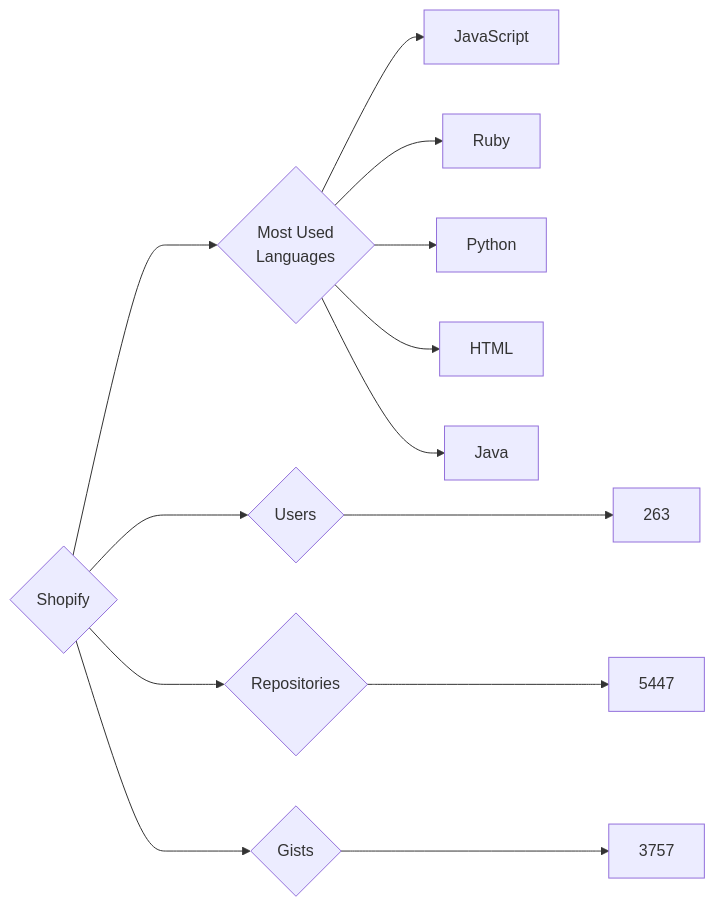
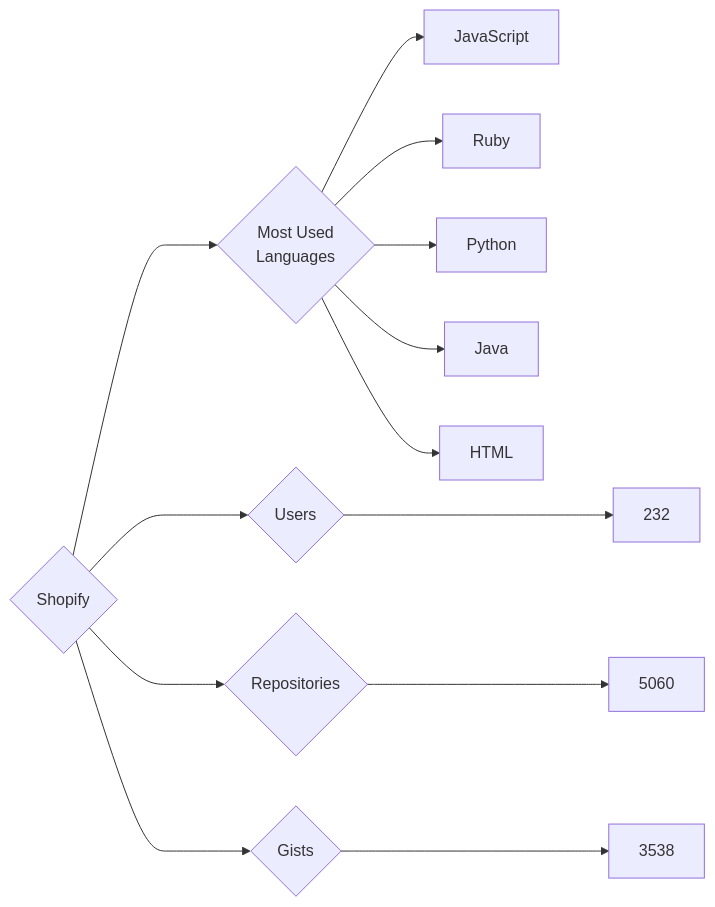
One commit to trickest/insiders changed the diagram in targets/Shopify/README.md. Above: the diagram before and after it, drawn with Mermaid. The commit also changed 973 other files, not shown here.

````diff
--- a/targets/Shopify/README.md
+++ b/targets/Shopify/README.md
@@ -3,13 +3,13 @@
 ```mermaid
 graph LR
 COMPANY_NAME{Shopify}
-COMPANY_NAME ---> U{Users} ---> UN[263]
-COMPANY_NAME ---> R{Repositories} ---> RN[5447]
-COMPANY_NAME ---> G{Gists} ---> GN[3757]
+COMPANY_NAME ---> U{Users} ---> UN[232]
+COMPANY_NAME ---> R{Repositories} ---> RN[5060]
+COMPANY_NAME ---> G{Gists} ---> GN[3538]
 COMPANY_NAME ---> ML{Most Used<br>Languages}
 ML --> JavaScript[JavaScript]
 ML --> Ruby[Ruby]
 ML --> Python[Python]
+ML --> Java[Java]
 ML --> HTML[HTML]
-ML --> Java[Java]
 ```
````
